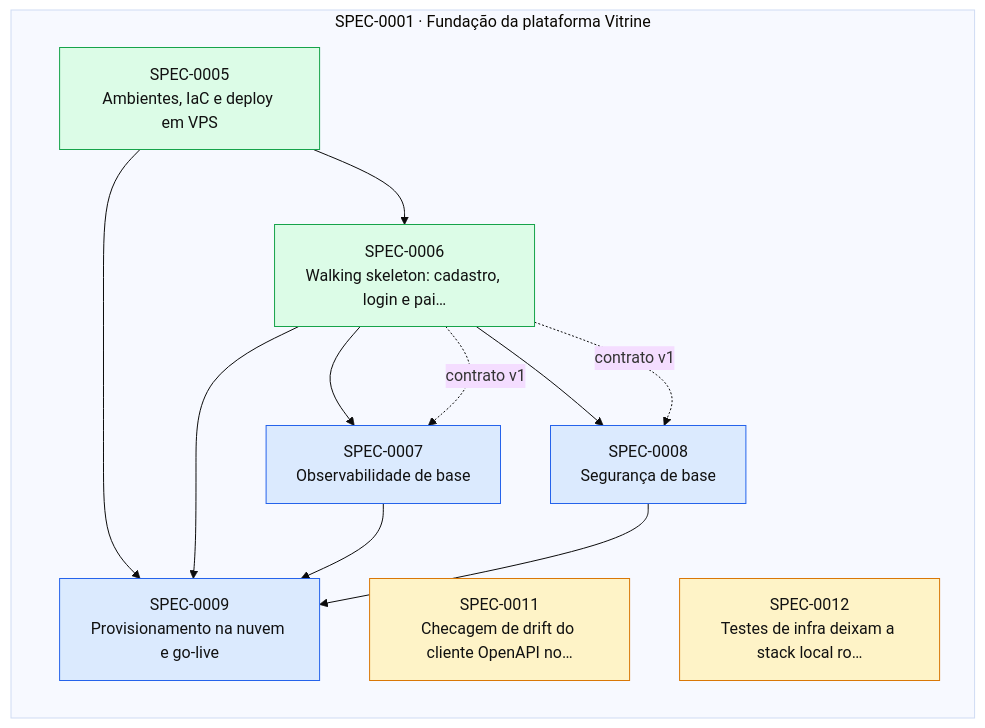
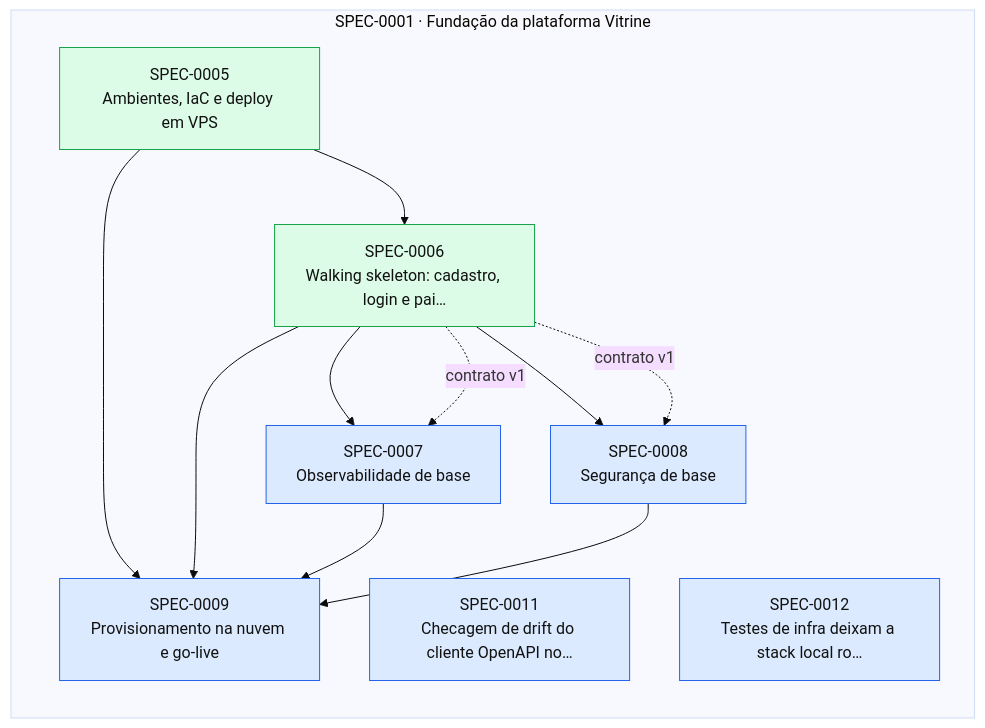
The diagram in docs/specs/INDEX.md (thomasravache/vitrine), drawn with Mermaid (base theme) before and after one commit. The commit also changed other lines of this file and 2 other files, not shown here.

First line of the commit message:
docs(specs): aprova SPEC-0011 e SPEC-0012 no piloto automático

````diff
--- a/docs/specs/INDEX.md
+++ b/docs/specs/INDEX.md
@@ -60,26 +60,26 @@
 ```mermaid
 flowchart LR
   subgraph E0001["SPEC-0001 · Fundação da plataforma Vitrine"]
     S0005["SPEC-0005<br/>Ambientes, IaC e deploy em VPS"]:::implemented
     S0006["SPEC-0006<br/>Walking skeleton: cadastro, login e pai…"]:::implemented
     S0007["SPEC-0007<br/>Observabilidade de base"]:::approved
     S0008["SPEC-0008<br/>Segurança de base"]:::approved
     S0009["SPEC-0009<br/>Provisionamento na nuvem e go-live"]:::approved
-    S0011["SPEC-0011<br/>Checagem de drift do cliente OpenAPI no…"]:::proposed
-    S0012["SPEC-0012<br/>Testes de infra deixam a stack local ro…"]:::proposed
+    S0011["SPEC-0011<br/>Checagem de drift do cliente OpenAPI no…"]:::approved
+    S0012["SPEC-0012<br/>Testes de infra deixam a stack local ro…"]:::approved
   end
   S0005 --> S0006
   S0006 --> S0007
   S0006 -. contrato v1 .-> S0007
   S0006 --> S0008
   S0006 -. contrato v1 .-> S0008
   S0005 --> S0009
   S0006 --> S0009
   S0007 --> S0009
   S0008 --> S0009
   classDef proposed fill:#fef3c7,stroke:#d97706,color:#111
   classDef approved fill:#dbeafe,stroke:#2563eb,color:#111
   classDef inprogress fill:#ede9fe,stroke:#7c3aed,color:#111
   classDef implemented fill:#dcfce7,stroke:#16a34a,color:#111
   classDef deprecated fill:#f3f4f6,stroke:#9ca3af,color:#6b7280
 ```
````
